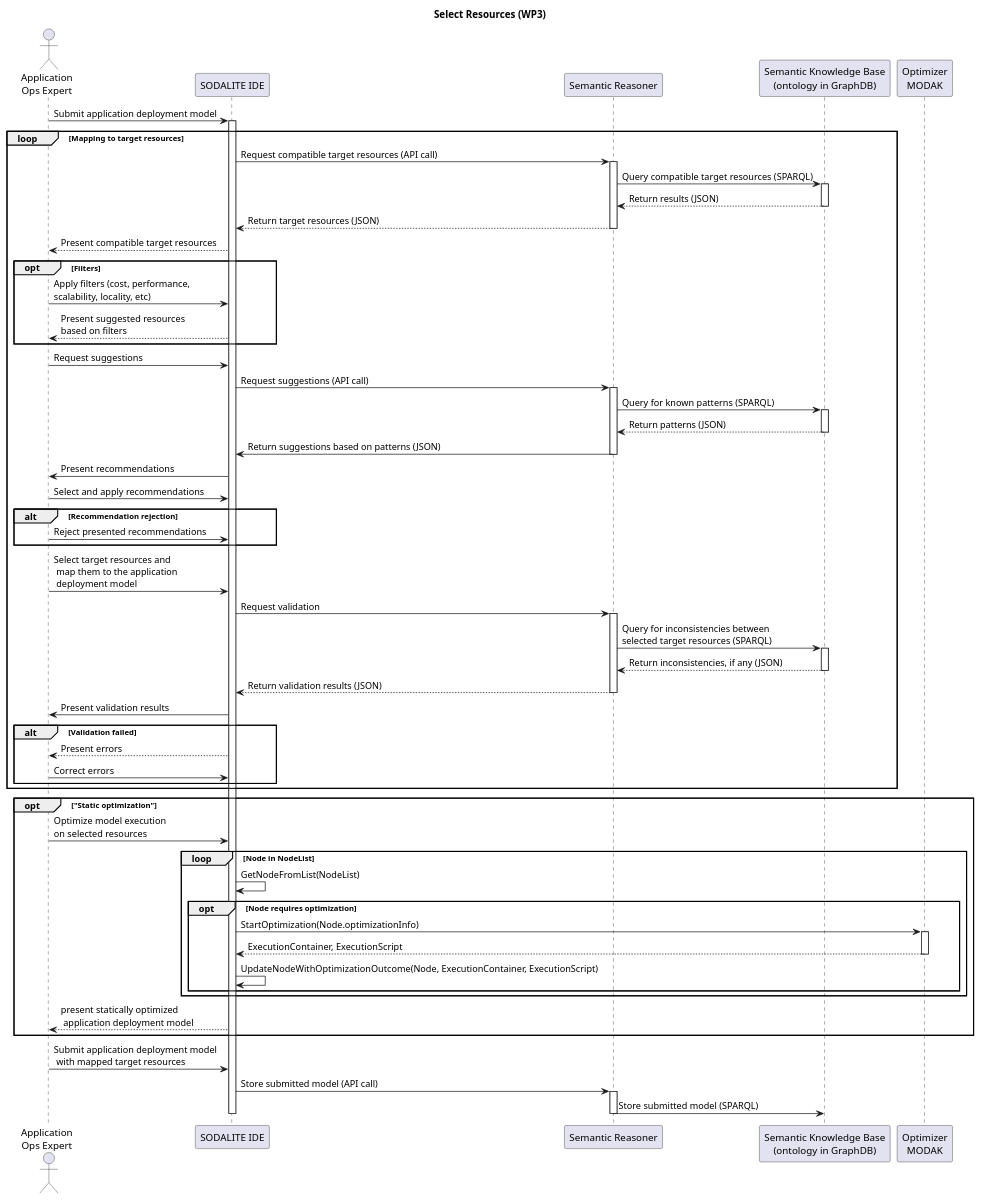
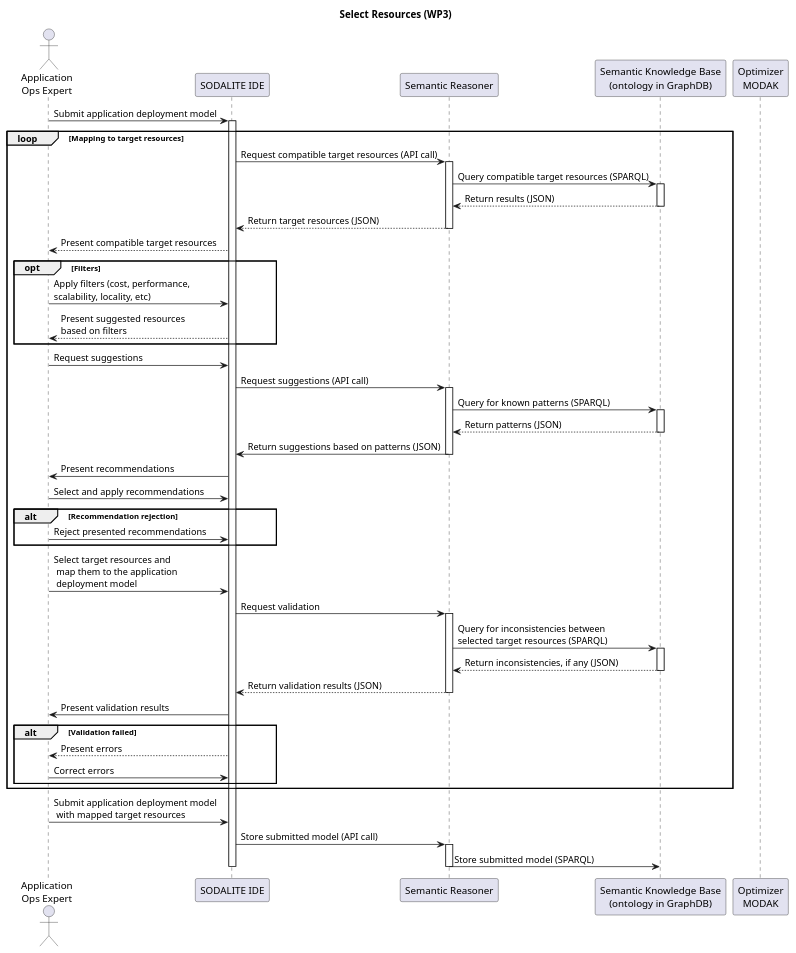
Before and after one commit to SODALITE-EU/project-wide-documentation: the diagram in uml/sequence-diagrams/UC-02-SelectResources-WP3.puml, drawn with PlantUML. The commit also changed 1 other file, not shown here.

```diff
--- a/uml/sequence-diagrams/UC-02-SelectResources-WP3.puml
+++ b/uml/sequence-diagrams/UC-02-SelectResources-WP3.puml
@@ -1,86 +1,71 @@
 @startuml
 
 title Select Resources (WP3)
 
 actor "Application\nOps Expert" as ops
 participant "SODALITE IDE" as editor
 participant "Semantic Reasoner" as reasoner
 participant "Semantic Knowledge Base\n(ontology in GraphDB)" as ontology
 participant "Optimizer\nMODAK" as SPOC
 
 ops->editor: Submit application deployment model
 
 loop Mapping to target resources
     activate editor
     editor->reasoner: Request compatible target resources (API call)
     activate reasoner
     reasoner->ontology: Query compatible target resources (SPARQL)
     activate ontology
     ontology-->reasoner: Return results (JSON)
     deactivate ontology
     reasoner-->editor: Return target resources (JSON)
     deactivate reasoner
     editor-->ops: Present compatible target resources
 
     opt Filters
         ops->editor: Apply filters (cost, performance,\nscalability, locality, etc)
         editor-->ops: Present suggested resources\nbased on filters
     end
 
     ops->editor: Request suggestions
     editor->reasoner: Request suggestions (API call)
     activate reasoner
     reasoner->ontology: Query for known patterns (SPARQL)
     activate ontology
     ontology-->reasoner: Return patterns (JSON)
     deactivate ontology
     reasoner->editor: Return suggestions based on patterns (JSON)
     deactivate reasoner
 
     editor->ops: Present recommendations
     ops->editor: Select and apply recommendations
 
     alt Recommendation rejection
         ops->editor: Reject presented recommendations
     end
 
     ops->editor: Select target resources and\n map them to the application\n deployment model
     editor->reasoner: Request validation
     activate reasoner
     reasoner->ontology: Query for inconsistencies between\nselected target resources (SPARQL)
     activate ontology
     ontology-->reasoner: Return inconsistencies, if any (JSON)
     deactivate ontology
     reasoner-->editor: Return validation results (JSON)
     deactivate reasoner
     editor->ops: Present validation results
 
     alt Validation failed
         editor-->ops: Present errors
         ops->editor: Correct errors
     end
 end
 
-opt "Static optimization"
-    ops->editor: Optimize model execution\non selected resources
-    loop Node in NodeList
-        editor->editor: GetNodeFromList(NodeList)
-        opt Node requires optimization
-            editor->SPOC: StartOptimization(Node.optimizationInfo)
-            activate SPOC
-            SPOC-->editor: ExecutionContainer, ExecutionScript
-            deactivate SPOC
-            editor->editor: UpdateNodeWithOptimizationOutcome(Node, ExecutionContainer, ExecutionScript)
-        end
-    end
-    editor-->ops: present statically optimized\n application deployment model
-end
-
 ops->editor: Submit application deployment model\n with mapped target resources
 editor->reasoner: Store submitted model (API call)
 activate reasoner
 reasoner->ontology: Store submitted model (SPARQL)
 deactivate reasoner
 
 deactivate editor
 @enduml
```
